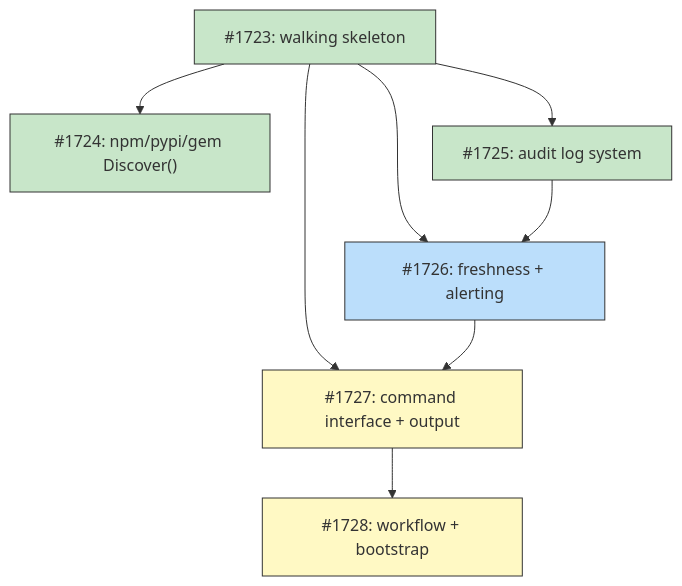
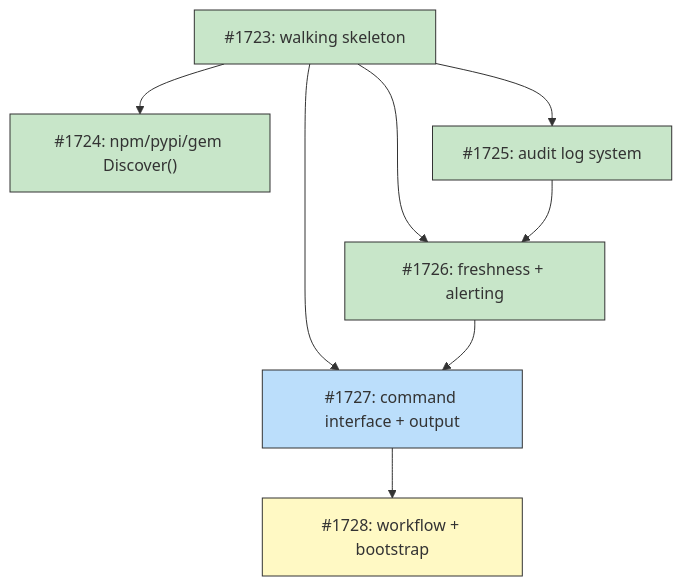
One commit to tsukumogami/tsuku changed the diagram in docs/designs/DESIGN-automated-seeding.md. Above: the diagram before and after it, drawn with Mermaid. The commit also changed other lines of this file, not shown here.

Commit message:
docs(design): mark #1726 freshness checking as done
Update DESIGN-automated-seeding.md: strikethrough issue #1726 in the
table, set diagram node to done, and promote #1727 from blocked to ready
since all its dependencies (#1723, #1726) are now complete.

````diff
--- a/docs/designs/DESIGN-automated-seeding.md
+++ b/docs/designs/DESIGN-automated-seeding.md
@@ -55,29 +55,29 @@
 ```mermaid
 graph TD
     I1723["#1723: walking skeleton"]
     I1724["#1724: npm/pypi/gem Discover()"]
     I1725["#1725: audit log system"]
     I1726["#1726: freshness + alerting"]
     I1727["#1727: command interface + output"]
     I1728["#1728: workflow + bootstrap"]
 
     I1723 --> I1724
     I1723 --> I1725
     I1723 --> I1726
     I1725 --> I1726
     I1723 --> I1727
     I1726 --> I1727
     I1727 --> I1728
 
     classDef done fill:#c8e6c9,stroke:#333
     classDef ready fill:#bbdefb,stroke:#333
     classDef blocked fill:#fff9c4,stroke:#333
     classDef needsDesign fill:#e1bee7,stroke:#333
 
     class I1723 done
     class I1724 done
     class I1725 done
-    class I1726 ready
-    class I1727 blocked
+    class I1726 done
+    class I1727 ready
     class I1728 blocked
 ```
````
